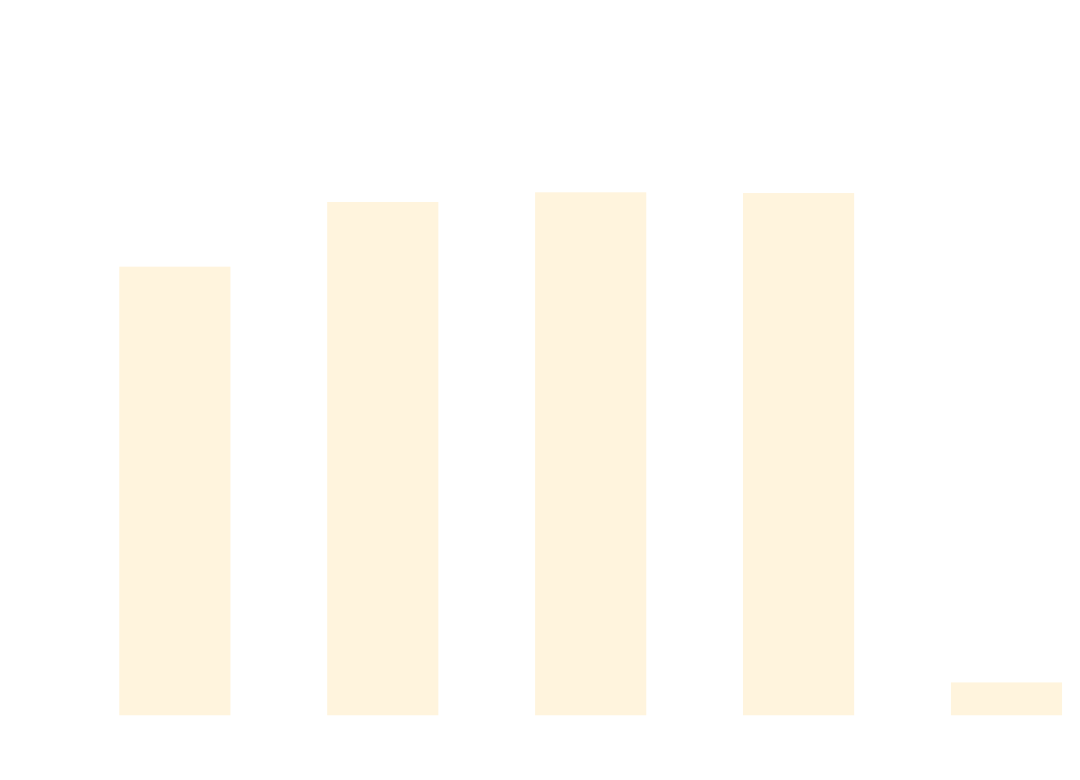
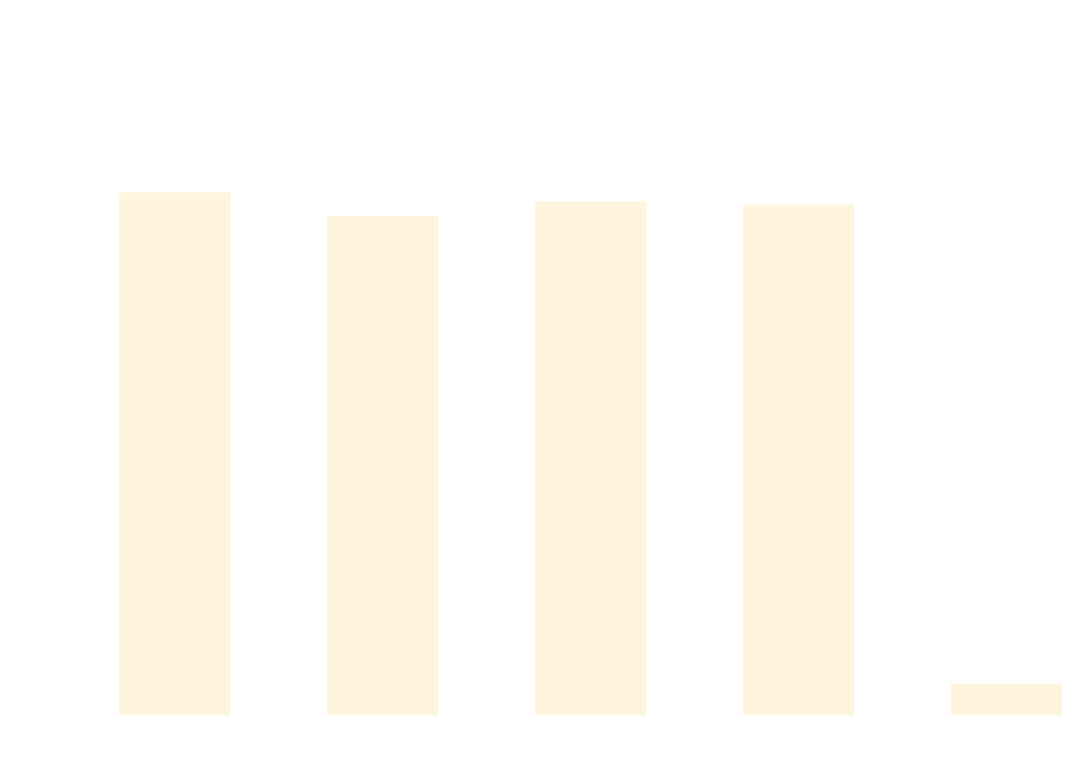
Before and after one commit to thomhurst/TUnit: the diagram in docs/docs/benchmarks/DataDrivenTests.md, drawn with Mermaid. The commit also changed other lines of this file and 17 other files, not shown here.

````diff
--- a/docs/docs/benchmarks/DataDrivenTests.md
+++ b/docs/docs/benchmarks/DataDrivenTests.md
@@ -27,37 +27,37 @@
 ```mermaid
 %%{init: {
   'theme':'base',
   'themeVariables': {
     'primaryColor': '#2563eb',
     'primaryTextColor': '#ffffff',
     'primaryBorderColor': '#1e40af',
     'lineColor': '#6b7280',
     'secondaryColor': '#7c3aed',
     'tertiaryColor': '#dc2626',
     'background': '#ffffff',
     'mainBkg': '#2563eb',
     'secondBkg': '#7c3aed',
     'tertiaryBkg': '#dc2626',
     'clusterBkg': '#f3f4f6',
     'edgeLabelBackground': '#ffffff',
     'tertiaryTextColor': '#1f2937',
     'pie1': '#2563eb',
     'pie2': '#7c3aed',
     'pie3': '#dc2626',
     'pie4': '#f59e0b',
     'pie5': '#10b981',
     'pie6': '#06b6d4',
     'pie7': '#ec4899',
     'pie8': '#6366f1',
     'pie9': '#84cc16',
     'pie10': '#f97316',
     'pie11': '#14b8a6',
     'pie12': '#a855f7'
   }
 }}%%
 xychart-beta
   title "DataDrivenTests Performance Comparison"
   x-axis ["TUnit", "NUnit", "MSTest", "xUnit3", "TUnit_AOT"]
-  y-axis "Time (ms)" 0 --> 723
-  bar [514.8, 591, 602.44, 601.55, 24.83]
+  y-axis "Time (ms)" 0 --> 767
+  bar [638.99, 609.48, 627.54, 623.69, 24.88]
 ```
````
